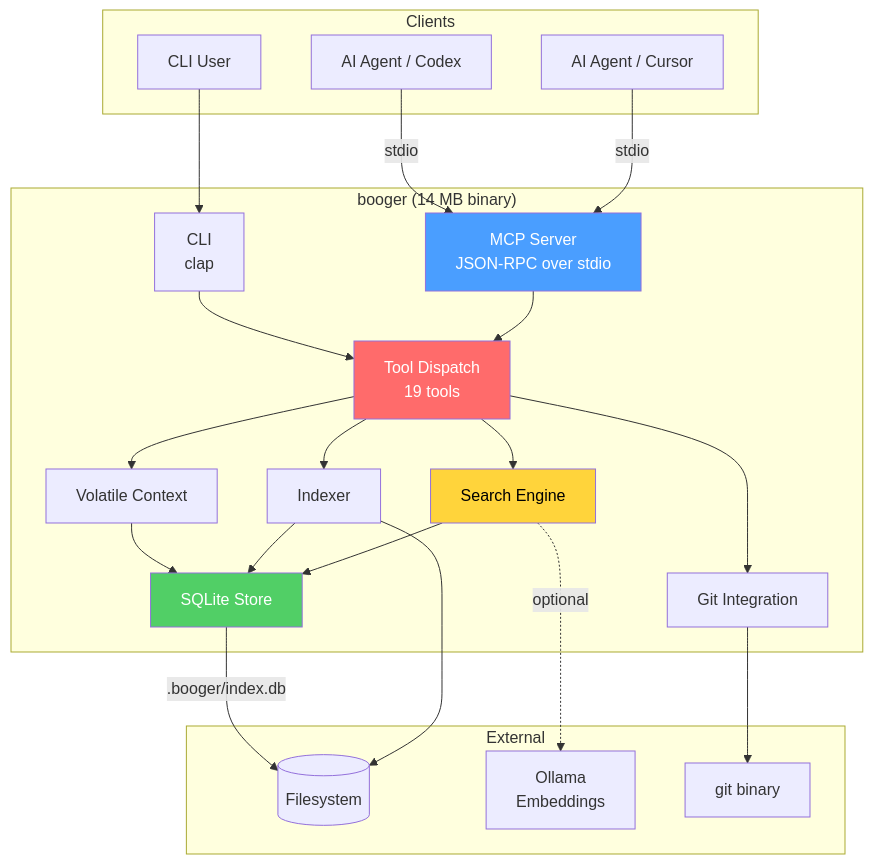
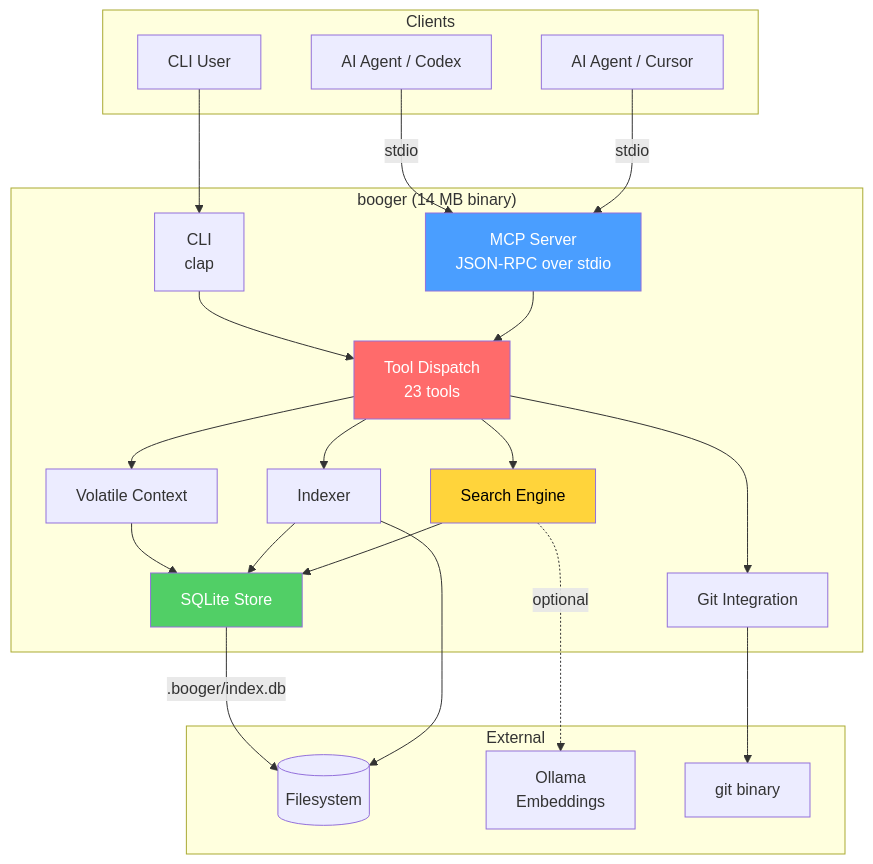
Before and after one commit to CryptArtificer/booger: the first of 9 diagrams in doc/architecture.md, drawn with Mermaid. The commit also changed other lines of this file and 4 other files, not shown here.

````diff
--- a/doc/architecture.md
+++ b/doc/architecture.md
@@ -5,43 +5,43 @@
 ```mermaid
 graph TB
     subgraph Clients
         A1[AI Agent / Cursor]
         A2[AI Agent / Codex]
         A3[CLI User]
     end
 
     subgraph "booger (14 MB binary)"
         MCP["MCP Server<br/>JSON-RPC over stdio"]
         CLI["CLI<br/>clap"]
-        TOOLS["Tool Dispatch<br/>19 tools"]
+        TOOLS["Tool Dispatch<br/>23 tools"]
         SEARCH["Search Engine"]
         INDEX["Indexer"]
         CTX["Volatile Context"]
         GIT["Git Integration"]
         STORE["SQLite Store"]
     end
 
     subgraph External
         FS[(Filesystem)]
         OLLAMA[Ollama<br/>Embeddings]
         GITBIN[git binary]
     end
 
     A1 & A2 -->|stdio| MCP
     A3 --> CLI
     MCP --> TOOLS
     CLI --> TOOLS
     TOOLS --> SEARCH & INDEX & CTX & GIT
     SEARCH --> STORE
     INDEX --> FS
     INDEX --> STORE
     CTX --> STORE
     GIT --> GITBIN
     SEARCH -.->|optional| OLLAMA
     STORE -->|".booger/index.db"| FS
 
     style MCP fill:#4a9eff,color:#fff
     style TOOLS fill:#ff6b6b,color:#fff
     style STORE fill:#51cf66,color:#fff
     style SEARCH fill:#ffd43b,color:#000
 ```
````
